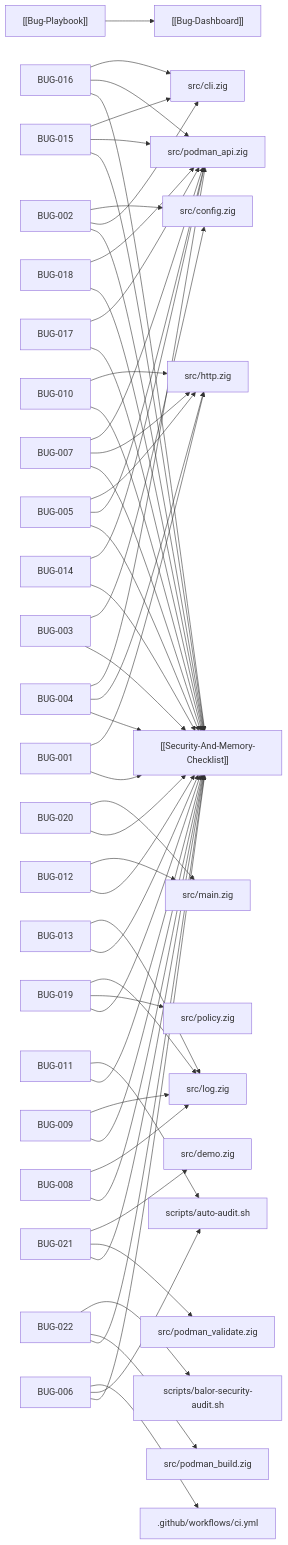
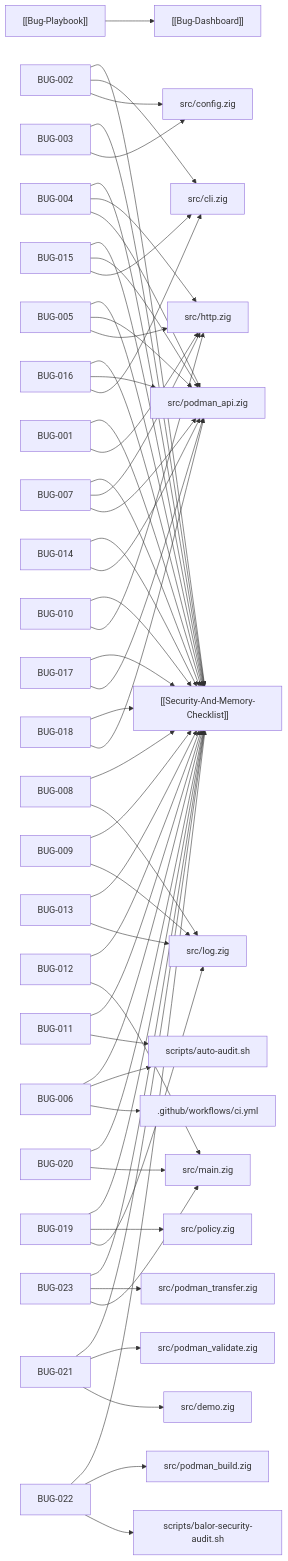
The diagram in docs/vault/Bug-Dashboard.md (srayuth202510-byte/zigpodza), drawn with Mermaid before and after one commit. The commit also changed other lines of this file and 25 other files, not shown here.

First line of the commit message:
feat(cli,transfer,policy): add attach/cp/network CRUD, hardened run flags, BUG-023 fixes, and live E2E

````diff
--- a/docs/vault/Bug-Dashboard.md
+++ b/docs/vault/Bug-Dashboard.md
@@ -29,58 +29,61 @@
 ```mermaid
 flowchart LR
     PLAYBOOK["[[Bug-Playbook]]"] --> DASH["[[Bug-Dashboard]]"]
     BUG001["BUG-001"] --> SEC["[[Security-And-Memory-Checklist]]"]
     BUG001 --> src_http_zig["src/http.zig"]
     BUG002["BUG-002"] --> SEC["[[Security-And-Memory-Checklist]]"]
     BUG002 --> src_cli_zig["src/cli.zig"]
     BUG002 --> src_config_zig["src/config.zig"]
     BUG003["BUG-003"] --> SEC["[[Security-And-Memory-Checklist]]"]
     BUG003 --> src_config_zig["src/config.zig"]
     BUG004["BUG-004"] --> SEC["[[Security-And-Memory-Checklist]]"]
     BUG004 --> src_http_zig["src/http.zig"]
     BUG004 --> src_podman_api_zig["src/podman_api.zig"]
     BUG005["BUG-005"] --> SEC["[[Security-And-Memory-Checklist]]"]
     BUG005 --> src_podman_api_zig["src/podman_api.zig"]
     BUG005 --> src_http_zig["src/http.zig"]
     BUG006["BUG-006"] --> SEC["[[Security-And-Memory-Checklist]]"]
     BUG006 --> scripts_auto_audit_sh["scripts/auto-audit.sh"]
     BUG006 --> _github_workflows_ci_yml[".github/workflows/ci.yml"]
     BUG007["BUG-007"] --> SEC["[[Security-And-Memory-Checklist]]"]
     BUG007 --> src_http_zig["src/http.zig"]
     BUG007 --> src_podman_api_zig["src/podman_api.zig"]
     BUG008["BUG-008"] --> SEC["[[Security-And-Memory-Checklist]]"]
     BUG008 --> src_log_zig["src/log.zig"]
     BUG009["BUG-009"] --> SEC["[[Security-And-Memory-Checklist]]"]
     BUG009 --> src_log_zig["src/log.zig"]
     BUG010["BUG-010"] --> SEC["[[Security-And-Memory-Checklist]]"]
     BUG010 --> src_http_zig["src/http.zig"]
     BUG011["BUG-011"] --> SEC["[[Security-And-Memory-Checklist]]"]
     BUG011 --> scripts_auto_audit_sh["scripts/auto-audit.sh"]
     BUG012["BUG-012"] --> SEC["[[Security-And-Memory-Checklist]]"]
     BUG012 --> src_main_zig["src/main.zig"]
     BUG013["BUG-013"] --> SEC["[[Security-And-Memory-Checklist]]"]
     BUG013 --> src_log_zig["src/log.zig"]
     BUG014["BUG-014"] --> SEC["[[Security-And-Memory-Checklist]]"]
     BUG014 --> src_podman_api_zig["src/podman_api.zig"]
     BUG015["BUG-015"] --> SEC["[[Security-And-Memory-Checklist]]"]
     BUG015 --> src_podman_api_zig["src/podman_api.zig"]
     BUG015 --> src_cli_zig["src/cli.zig"]
     BUG016["BUG-016"] --> SEC["[[Security-And-Memory-Checklist]]"]
     BUG016 --> src_podman_api_zig["src/podman_api.zig"]
     BUG016 --> src_cli_zig["src/cli.zig"]
     BUG017["BUG-017"] --> SEC["[[Security-And-Memory-Checklist]]"]
     BUG017 --> src_podman_api_zig["src/podman_api.zig"]
     BUG018["BUG-018"] --> SEC["[[Security-And-Memory-Checklist]]"]
     BUG018 --> src_podman_api_zig["src/podman_api.zig"]
     BUG019["BUG-019"] --> SEC["[[Security-And-Memory-Checklist]]"]
     BUG019 --> src_policy_zig["src/policy.zig"]
     BUG019 --> src_log_zig["src/log.zig"]
     BUG020["BUG-020"] --> SEC["[[Security-And-Memory-Checklist]]"]
     BUG020 --> src_main_zig["src/main.zig"]
     BUG021["BUG-021"] --> SEC["[[Security-And-Memory-Checklist]]"]
     BUG021 --> src_podman_validate_zig["src/podman_validate.zig"]
     BUG021 --> src_demo_zig["src/demo.zig"]
     BUG022["BUG-022"] --> SEC["[[Security-And-Memory-Checklist]]"]
     BUG022 --> src_podman_build_zig["src/podman_build.zig"]
     BUG022 --> scripts_balor_security_audit_sh["scripts/balor-security-audit.sh"]
+    BUG023["BUG-023"] --> SEC["[[Security-And-Memory-Checklist]]"]
+    BUG023 --> src_podman_transfer_zig["src/podman_transfer.zig"]
+    BUG023 --> src_main_zig["src/main.zig"]
 ```
````
